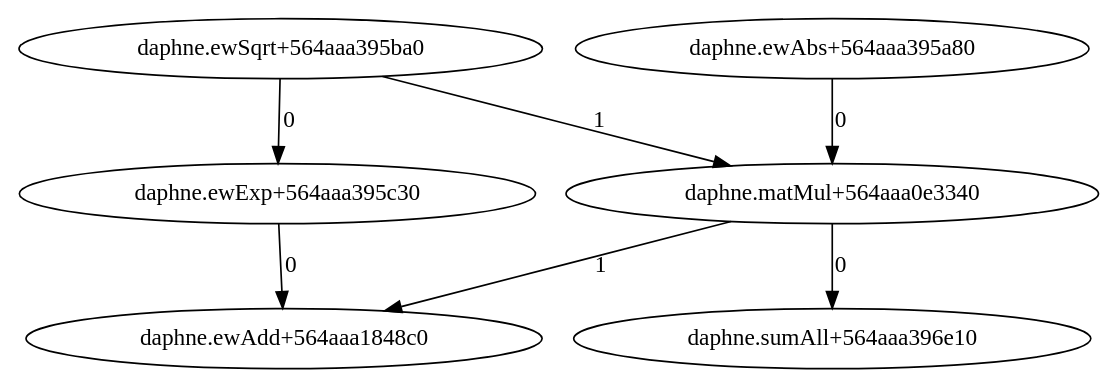
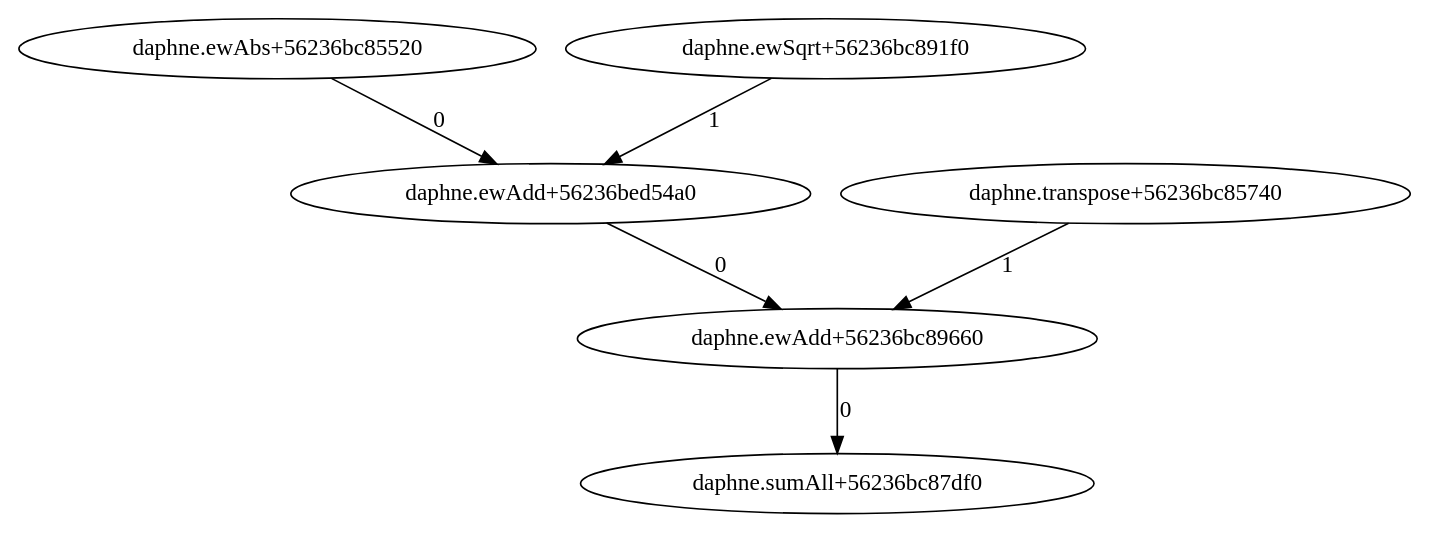
The diagram in graph.dot (sweetpellegrino/daphne), drawn with Graphviz before and after one commit. The commit also changed 8 other files, not shown here.

```diff
--- a/graph.dot
+++ b/graph.dot
@@ -1,8 +1,7 @@
 digraph G {
-"daphne.matMul+564aaa0e3340" -> "daphne.sumAll+564aaa396e10" [label="0"];
-"daphne.ewAbs+564aaa395a80" -> "daphne.matMul+564aaa0e3340" [label="0"];
-"daphne.ewSqrt+564aaa395ba0" -> "daphne.matMul+564aaa0e3340" [label="1"];
-"daphne.ewExp+564aaa395c30" -> "daphne.ewAdd+564aaa1848c0" [label="0"];
-"daphne.matMul+564aaa0e3340" -> "daphne.ewAdd+564aaa1848c0" [label="1"];
-"daphne.ewSqrt+564aaa395ba0" -> "daphne.ewExp+564aaa395c30" [label="0"];
+"daphne.ewAdd+56236bc89660" -> "daphne.sumAll+56236bc87df0" [label="0"];
+"daphne.ewAdd+56236bed54a0" -> "daphne.ewAdd+56236bc89660" [label="0"];
+"daphne.transpose+56236bc85740" -> "daphne.ewAdd+56236bc89660" [label="1"];
+"daphne.ewAbs+56236bc85520" -> "daphne.ewAdd+56236bed54a0" [label="0"];
+"daphne.ewSqrt+56236bc891f0" -> "daphne.ewAdd+56236bed54a0" [label="1"];
 }
```
